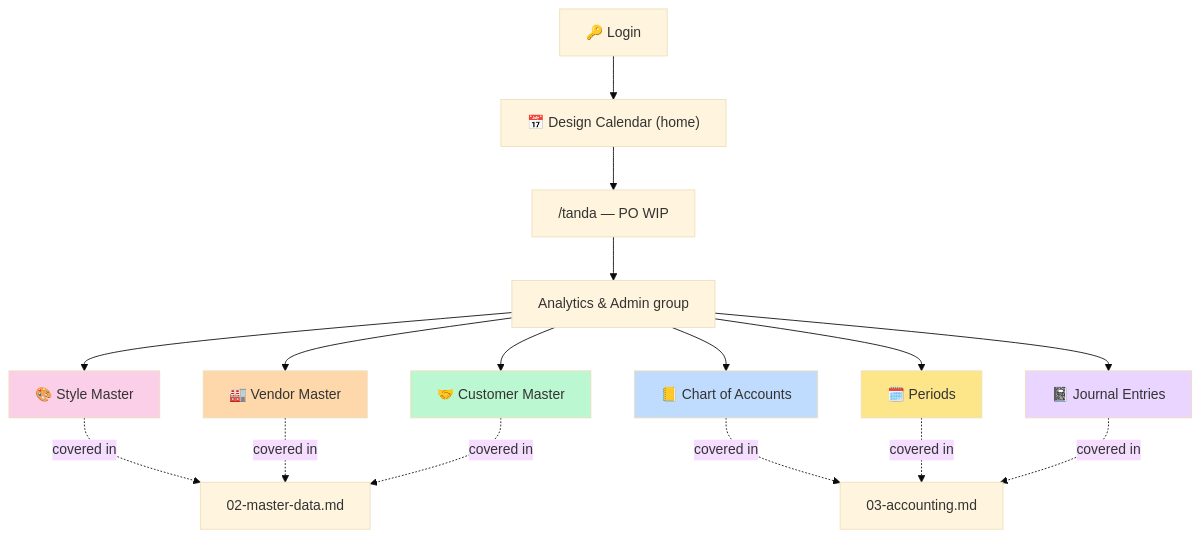
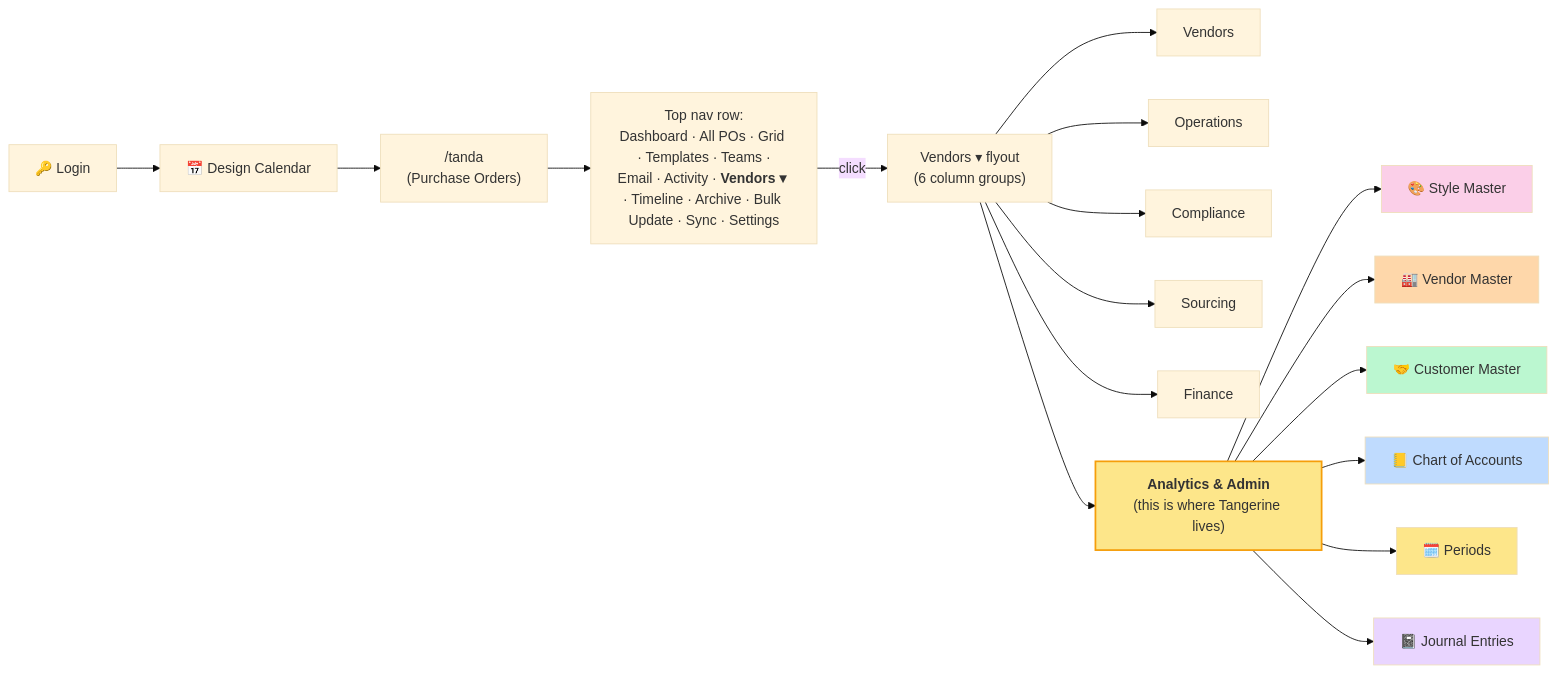
The diagram in docs/tangerine/user-guide/01-getting-started.md (Eran-Rof/design-calendar-app), drawn with Mermaid (base theme) before and after one commit. The commit also changed other lines of this file, not shown here.

Commit message:
fix(user-guide): correct nav location — Vendors ▾ flyout, not left sidebar
Tanda uses a horizontal top nav. The 6 Tangerine admin entries live in the
"Analytics & Admin" column of the Vendors ▾ dropdown flyout, NOT a left
sidebar (which doesn't exist).

Fixes the operator-confusing nav description in:
- README.md (30s quickstart bullet + opening framing)
- 01-getting-started.md (full nav diagram replaced; smoke-test gains a
  step 0 explaining how to open the flyout; new sub-section explaining
  the historical "Vendors ▾" misnomer)
- screenshots/README.md (capture target renamed from
  01-tanda-nav-admin-group.png to 01-tanda-vendors-flyout.png)

Reported by operator viewing the live UI — the nav was a top-nav button
with dropdown arrow, not a sidebar.

````diff
--- a/docs/tangerine/user-guide/01-getting-started.md
+++ b/docs/tangerine/user-guide/01-getting-started.md
@@ -26,26 +26,28 @@
 ```mermaid
-flowchart TB
-    Login["🔑 Login"] --> DC["📅 Design Calendar (home)"]
-    DC --> Tanda["/tanda — PO WIP"]
-    Tanda --> Tab["Analytics & Admin group"]
-    Tab --> Style["🎨 Style Master"]
-    Tab --> Vendor["🏭 Vendor Master"]
-    Tab --> Customer["🤝 Customer Master"]
-    Tab --> COA["📒 Chart of Accounts"]
-    Tab --> Periods["🗓️ Periods"]
-    Tab --> JE["📓 Journal Entries"]
+flowchart LR
+    Login["🔑 Login"] --> DC["📅 Design Calendar"]
+    DC --> Tanda["/tanda<br/>(Purchase Orders)"]
+    Tanda --> TopNav["Top nav row:<br/>Dashboard · All POs · Grid · Templates · Teams ·<br/>Email · Activity · <b>Vendors ▾</b> · Timeline · Archive · Bulk Update · Sync · Settings"]
+    TopNav -->|click| Flyout["Vendors ▾ flyout<br/>(6 column groups)"]
+    Flyout --> Vendors["Vendors"]
+    Flyout --> Ops["Operations"]
+    Flyout --> Comp["Compliance"]
+    Flyout --> Source["Sourcing"]
+    Flyout --> Fin["Finance"]
+    Flyout --> Admin["<b>Analytics &amp; Admin</b><br/>(this is where Tangerine lives)"]
 
-    Style -. covered in .-> MasterDoc["02-master-data.md"]
-    Vendor -. covered in .-> MasterDoc
-    Customer -. covered in .-> MasterDoc
-    COA -. covered in .-> AccDoc["03-accounting.md"]
-    Periods -. covered in .-> AccDoc
-    JE -. covered in .-> AccDoc
+    Admin --> Style["🎨 Style Master"]
+    Admin --> Vendor["🏭 Vendor Master"]
+    Admin --> Customer["🤝 Customer Master"]
+    Admin --> COA["📒 Chart of Accounts"]
+    Admin --> Periods["🗓️ Periods"]
+    Admin --> JE["📓 Journal Entries"]
 
+    style Admin fill:#fde68a,stroke:#f59e0b,stroke-width:2px
     style Style fill:#fbcfe8
     style Vendor fill:#fed7aa
     style Customer fill:#bbf7d0
     style COA fill:#bfdbfe
     style Periods fill:#fde68a
     style JE fill:#e9d5ff
 ```
````
